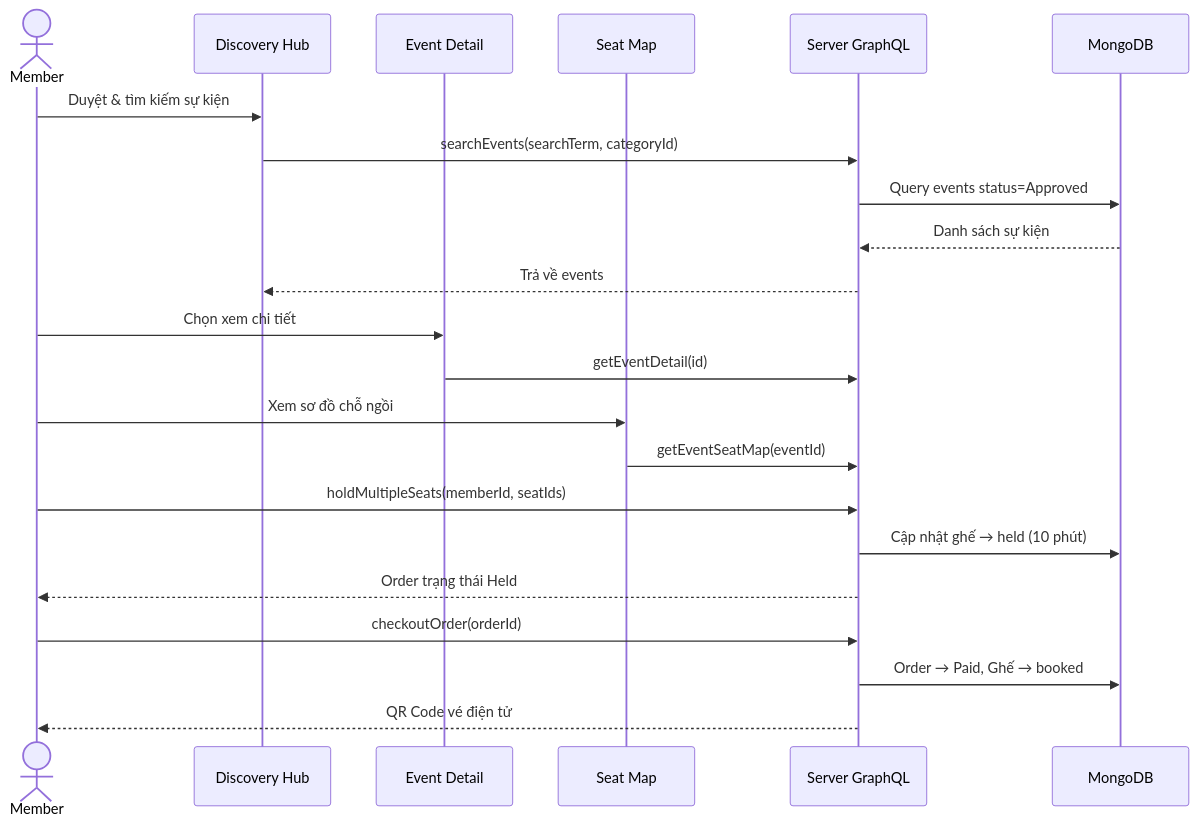
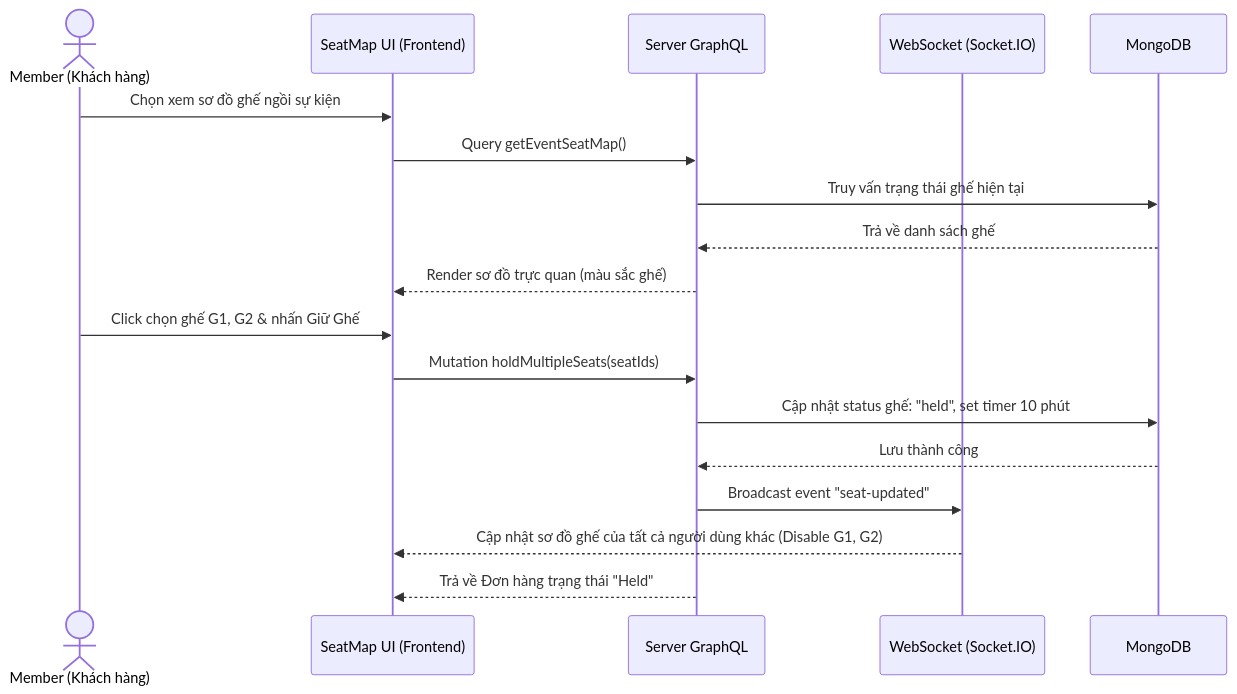
Before and after one commit to HoNhutHao-1006/Baocaocuoiki-GVNguyenTanPhuoc: the fifth of 10 diagrams in README.md, drawn with Mermaid. The commit also changed other lines of this file and 1 other file, not shown here.

````diff
--- a/README.md
+++ b/README.md
@@ -505,25 +333,21 @@
 ```mermaid
 sequenceDiagram
-    actor M as Member
-    participant DH as Discovery Hub
-    participant ED as Event Detail
-    participant SM as Seat Map
+    actor M as Member (Khách hàng)
+    participant SM as SeatMap UI (Frontend)
     participant SV as Server GraphQL
+    participant WS as WebSocket (Socket.IO)
     participant DB as MongoDB
 
-    M->>DH: Duyệt & tìm kiếm sự kiện
-    DH->>SV: searchEvents(searchTerm, categoryId)
-    SV->>DB: Query events status=Approved
-    DB-->>SV: Danh sách sự kiện
-    SV-->>DH: Trả về events
-    M->>ED: Chọn xem chi tiết
-    ED->>SV: getEventDetail(id)
-    M->>SM: Xem sơ đồ chỗ ngồi
-    SM->>SV: getEventSeatMap(eventId)
-    M->>SV: holdMultipleSeats(memberId, seatIds)
-    SV->>DB: Cập nhật ghế → held (10 phút)
-    SV-->>M: Order trạng thái Held
-    M->>SV: checkoutOrder(orderId)
-    SV->>DB: Order → Paid, Ghế → booked
-    SV-->>M: QR Code vé điện tử
+    M->>SM: Chọn xem sơ đồ ghế ngồi sự kiện
+    SM->>SV: Query getEventSeatMap()
+    SV->>DB: Truy vấn trạng thái ghế hiện tại
+    DB-->>SV: Trả về danh sách ghế
+    SV-->>SM: Render sơ đồ trực quan (màu sắc ghế)
+    M->>SM: Click chọn ghế G1, G2 & nhấn Giữ Ghế
+    SM->>SV: Mutation holdMultipleSeats(seatIds)
+    SV->>DB: Cập nhật status ghế: "held", set timer 10 phút
+    DB-->>SV: Lưu thành công
+    SV->>WS: Broadcast event "seat-updated"
+    WS-->>SM: Cập nhật sơ đồ ghế của tất cả người dùng khác (Disable G1, G2)
+    SV-->>SM: Trả về Đơn hàng trạng thái "Held"
 ```
````
